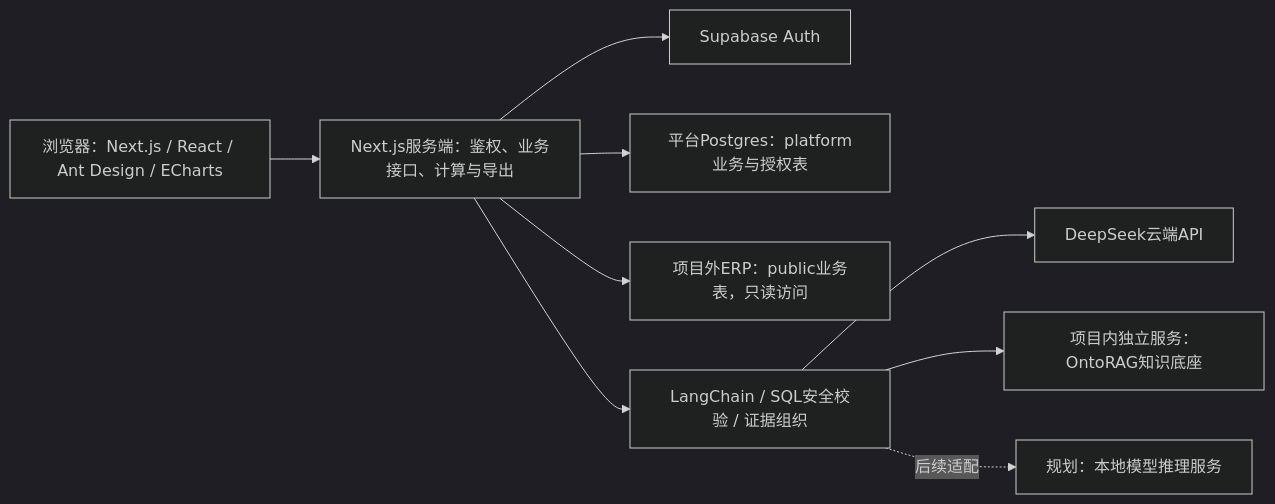
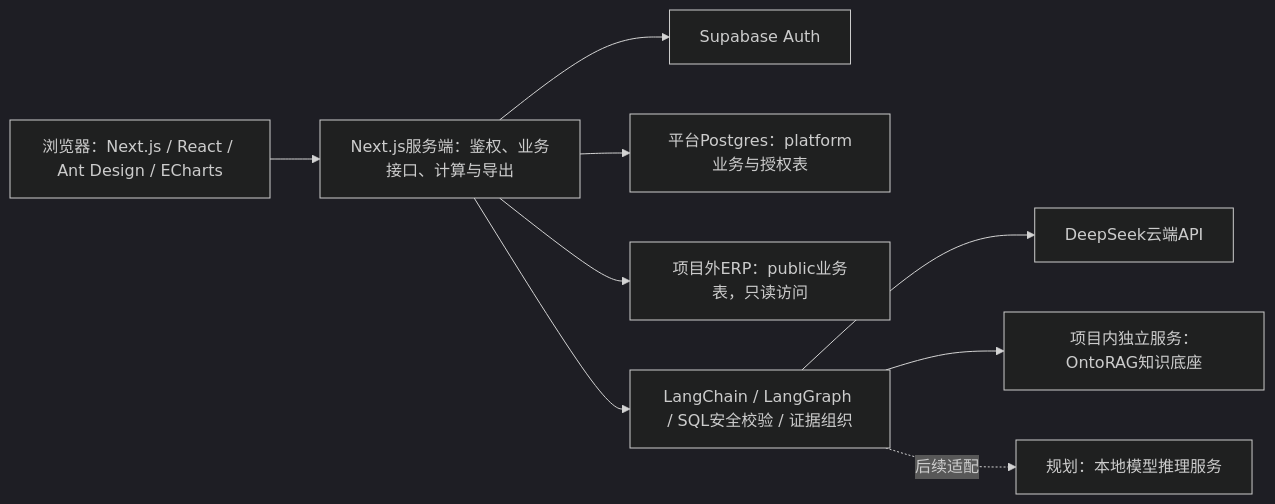
One commit to 335691851/Luyin-AIP changed the second of 3 diagrams in README.md. Above: the diagram before and after it, drawn with Mermaid (dark theme). The commit also changed other lines of this file and 12 other files, not shown here.

````diff
--- a/README.md
+++ b/README.md
@@ -62,20 +62,20 @@
 ```mermaid
 flowchart LR
   WEB[浏览器：Next.js / React / Ant Design / ECharts]
   API[Next.js服务端：鉴权、业务接口、计算与导出]
   AUTH[Supabase Auth]
   PLATFORM[平台Postgres：platform业务与授权表]
   ERPDB[项目外ERP：public业务表，只读访问]
-  AGENT[LangChain / SQL安全校验 / 证据组织]
+  AGENT[LangChain / LangGraph / SQL安全校验 / 证据组织]
   MODEL[DeepSeek云端API]
   ONTO[项目内独立服务：OntoRAG知识底座]
   LOCAL[规划：本地模型推理服务]
   WEB --> API
   API --> AUTH
   API --> PLATFORM
   API --> ERPDB
   API --> AGENT
   AGENT --> MODEL
   AGENT --> ONTO
   AGENT -.后续适配.-> LOCAL
 ```
````
